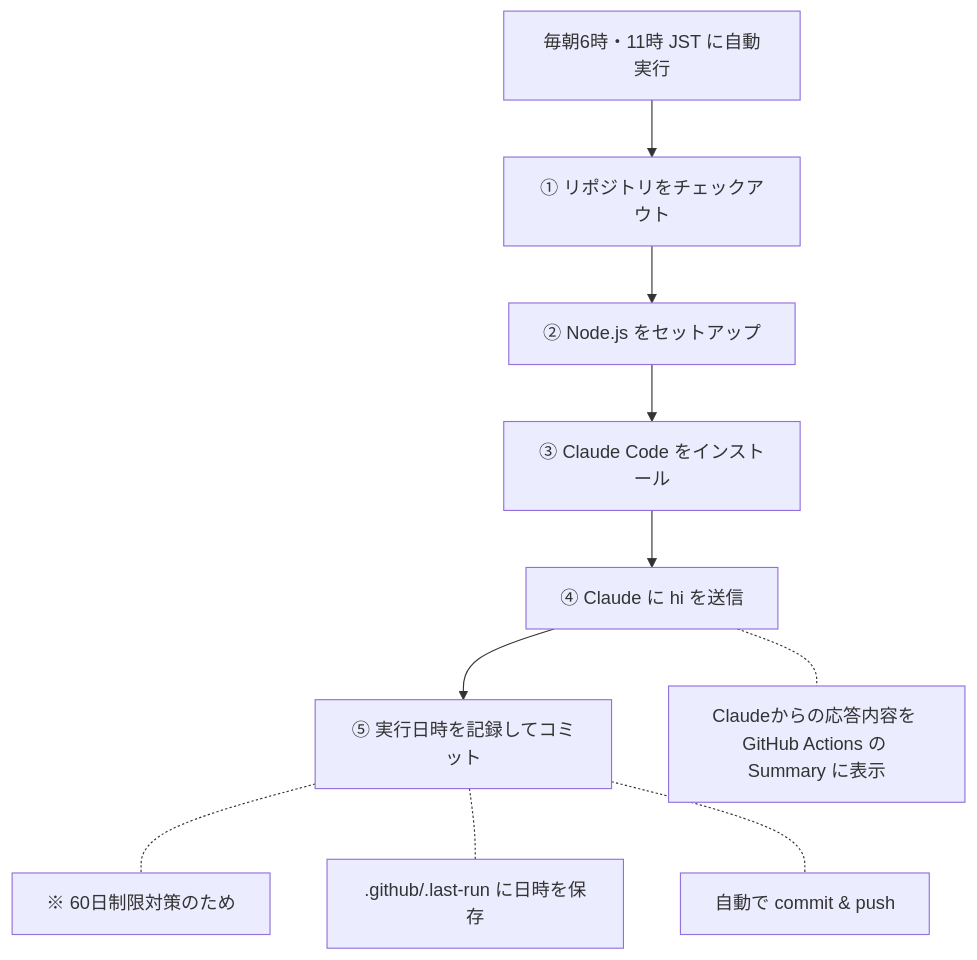
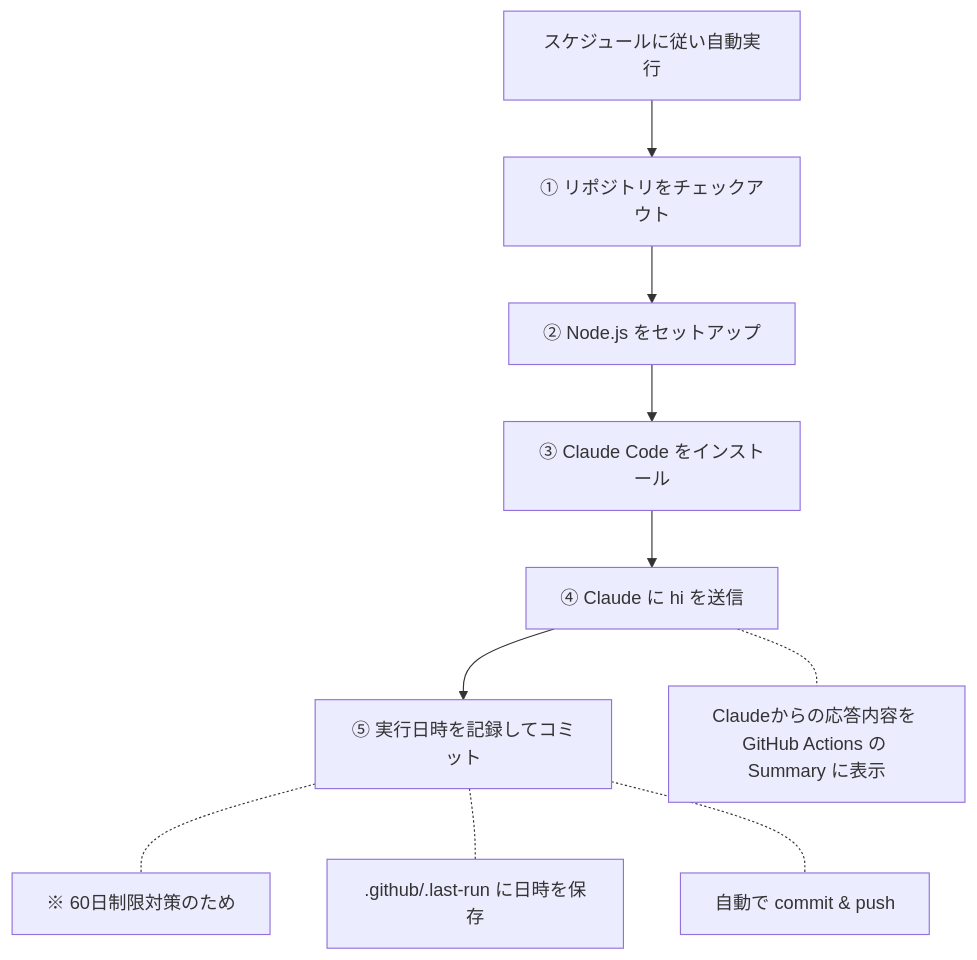
Before and after one commit to expsh13/hello-claude: the third of 3 diagrams in README.md, drawn with Mermaid. The commit also changed other lines of this file and 2 other files, not shown here.

````diff
--- a/README.md
+++ b/README.md
@@ -69,13 +60,13 @@
 ```mermaid
 flowchart TD
-    A[毎朝6時・11時 JST に自動実行] --> B[① リポジトリをチェックアウト]
+    A[スケジュールに従い自動実行] --> B[① リポジトリをチェックアウト]
     B --> C[② Node.js をセットアップ]
     C --> D[③ Claude Code をインストール]
     D --> E[④ Claude に hi を送信]
     E --> F[⑤ 実行日時を記録してコミット]
     F -.- F0[※ 60日制限対策のため]
 
     E -.- E1[Claudeからの応答内容を GitHub Actions の Summary に表示]
     F -.- F1[.github/.last-run に日時を保存]
     F -.- F2[自動で commit & push]
 ```
````
